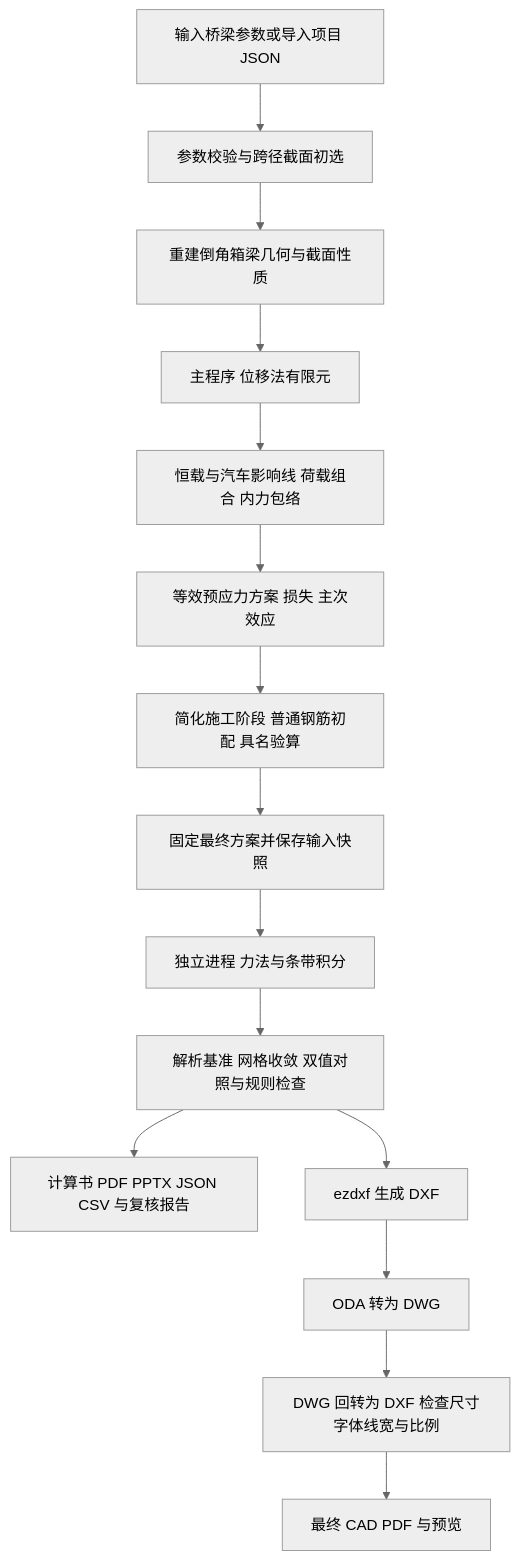
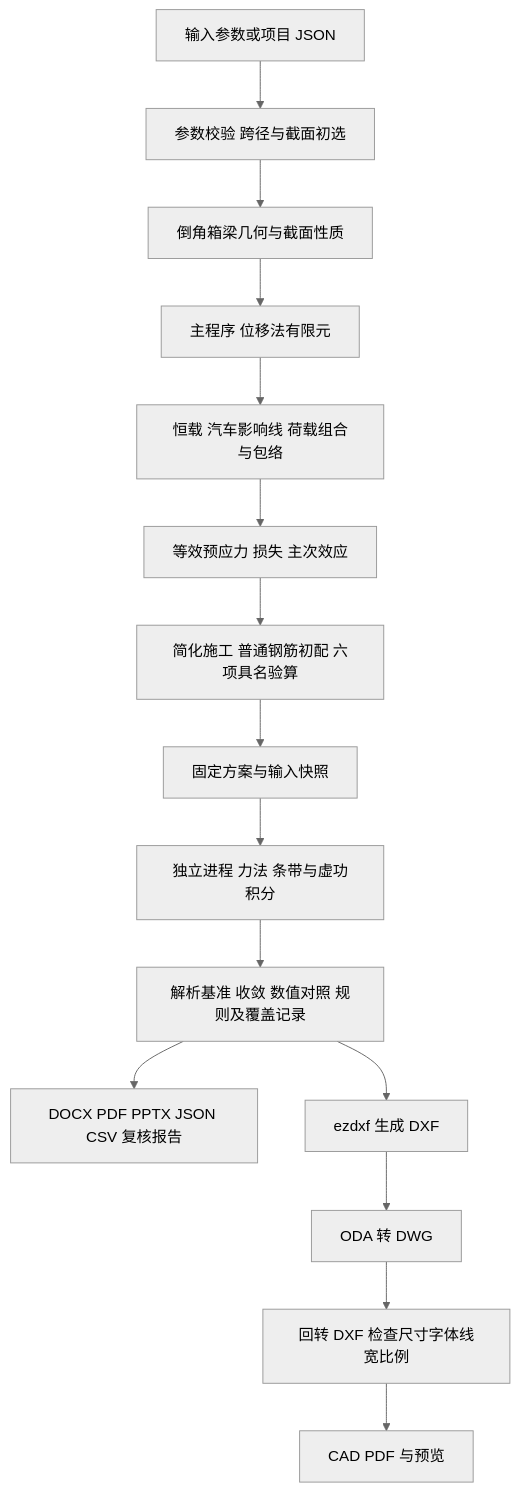
One commit to Jinyi5077/Bridge-Generator-Homework changed the diagram in README.md. Above: the diagram before and after it, drawn with Mermaid (neutral theme). The commit also changed other lines of this file and 103 other files, not shown here.

````diff
--- a/README.md
+++ b/README.md
@@ -43,17 +43,17 @@
 ```mermaid
 flowchart TD
-    A[输入桥梁参数或导入项目 JSON] --> B[参数校验与跨径截面初选]
-    B --> C[重建倒角箱梁几何与截面性质]
+    A[输入参数或项目 JSON] --> B[参数校验 跨径与截面初选]
+    B --> C[倒角箱梁几何与截面性质]
     C --> D[主程序 位移法有限元]
-    D --> E[恒载与汽车影响线 荷载组合 内力包络]
-    E --> F[等效预应力方案 损失 主次效应]
-    F --> G[简化施工阶段 普通钢筋初配 具名验算]
-    G --> H[固定最终方案并保存输入快照]
-    H --> I[独立进程 力法与条带积分]
-    I --> J[解析基准 网格收敛 双值对照与规则检查]
-    J --> K[计算书 PDF PPTX JSON CSV 与复核报告]
+    D --> E[恒载 汽车影响线 荷载组合与包络]
+    E --> F[等效预应力 损失 主次效应]
+    F --> G[简化施工 普通钢筋初配 六项具名验算]
+    G --> H[固定方案与输入快照]
+    H --> I[独立进程 力法 条带与虚功积分]
+    I --> J[解析基准 收敛 数值对照 规则及覆盖记录]
+    J --> K[DOCX PDF PPTX JSON CSV 复核报告]
     J --> L[ezdxf 生成 DXF]
-    L --> M[ODA 转为 DWG]
-    M --> N[DWG 回转为 DXF 检查尺寸字体线宽与比例]
-    N --> O[最终 CAD PDF 与预览]
+    L --> M[ODA 转 DWG]
+    M --> N[回转 DXF 检查尺寸字体线宽比例]
+    N --> O[CAD PDF 与预览]
 ```
````
